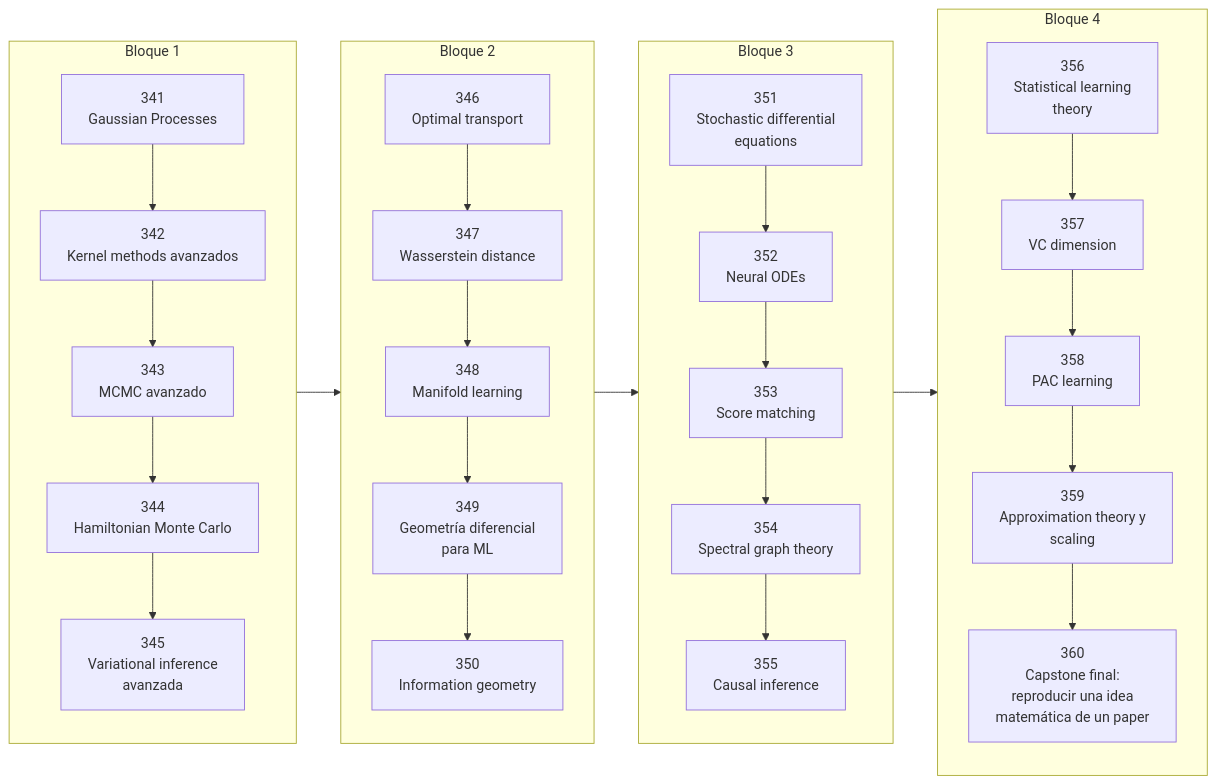
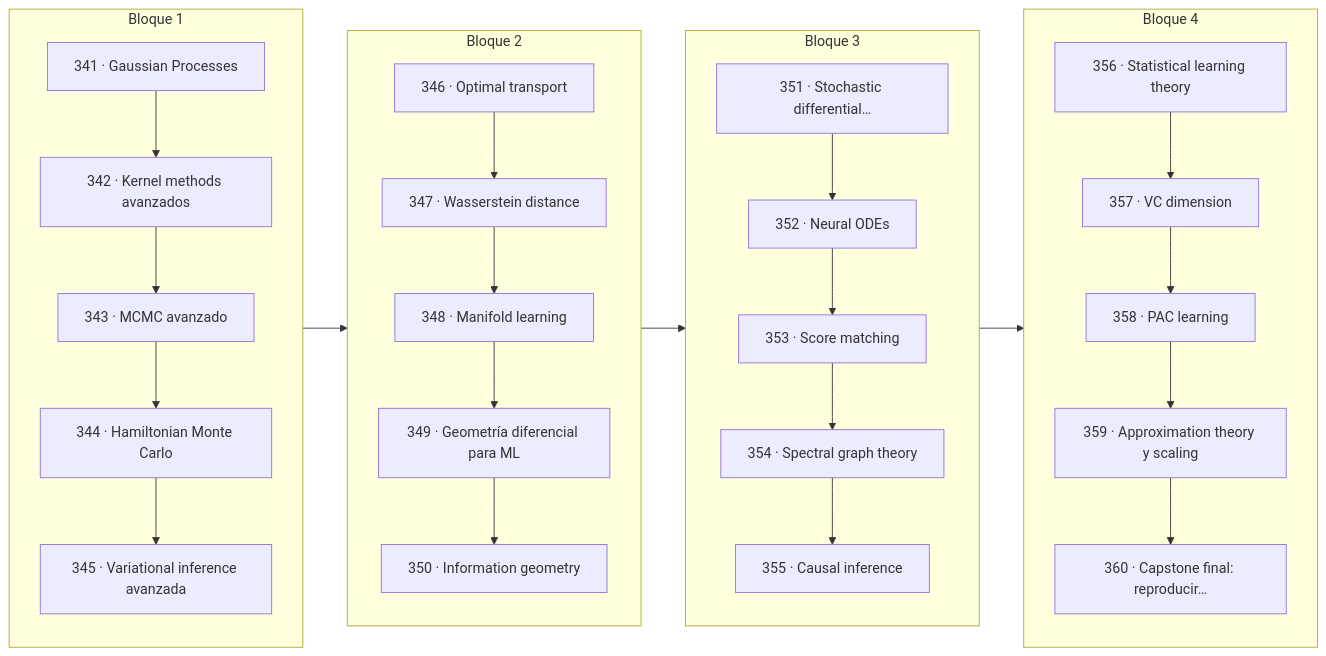
The diagram in classes/part-17-frontera-matematica-para-ia-e-investigacion/README.md (vladimiracunadev-create/computational-mathematics-program), drawn with Mermaid before and after one commit. The commit also changed 389 other files, not shown here.

First line of the commit message:
fix(diagramas): elimina el HTML de las etiquetas Mermaid

````diff
--- a/classes/part-17-frontera-matematica-para-ia-e-investigacion/README.md
+++ b/classes/part-17-frontera-matematica-para-ia-e-investigacion/README.md
@@ -34,54 +34,54 @@
 ```mermaid
 flowchart LR
     subgraph B1["Bloque 1"]
         direction TB
-        L341["341<br/>Gaussian Processes"]
-        L342["342<br/>Kernel methods avanzados"]
-        L343["343<br/>MCMC avanzado"]
-        L344["344<br/>Hamiltonian Monte Carlo"]
-        L345["345<br/>Variational inference<br/>avanzada"]
+        L341["341 · Gaussian Processes"]
+        L342["342 · Kernel methods avanzados"]
+        L343["343 · MCMC avanzado"]
+        L344["344 · Hamiltonian Monte Carlo"]
+        L345["345 · Variational inference avanzada"]
         L341 --> L342
         L342 --> L343
         L343 --> L344
         L344 --> L345
     end
     subgraph B2["Bloque 2"]
         direction TB
-        L346["346<br/>Optimal transport"]
-        L347["347<br/>Wasserstein distance"]
-        L348["348<br/>Manifold learning"]
-        L349["349<br/>Geometría diferencial<br/>para ML"]
-        L350["350<br/>Information geometry"]
+        L346["346 · Optimal transport"]
+        L347["347 · Wasserstein distance"]
+        L348["348 · Manifold learning"]
+        L349["349 · Geometría diferencial para ML"]
+        L350["350 · Information geometry"]
         L346 --> L347
         L347 --> L348
         L348 --> L349
         L349 --> L350
     end
     subgraph B3["Bloque 3"]
         direction TB
-        L351["351<br/>Stochastic differential<br/>equations"]
-        L352["352<br/>Neural ODEs"]
-        L353["353<br/>Score matching"]
-        L354["354<br/>Spectral graph theory"]
-        L355["355<br/>Causal inference"]
+        L351["351 · Stochastic differential…"]
+        L352["352 · Neural ODEs"]
+        L353["353 · Score matching"]
+        L354["354 · Spectral graph theory"]
+        L355["355 · Causal inference"]
         L351 --> L352
         L352 --> L353
         L353 --> L354
         L354 --> L355
     end
     subgraph B4["Bloque 4"]
         direction TB
-        L356["356<br/>Statistical learning<br/>theory"]
-        L357["357<br/>VC dimension"]
-        L358["358<br/>PAC learning"]
-        L359["359<br/>Approximation theory y<br/>scaling"]
-        L360["360<br/>Capstone final:<br/>reproducir una idea<br/>matemática de un paper"]
+        L356["356 · Statistical learning theory"]
+        L357["357 · VC dimension"]
+        L358["358 · PAC learning"]
+        L359["359 · Approximation theory y scaling"]
+        L360["360 · Capstone final: reproducir…"]
         L356 --> L357
         L357 --> L358
         L358 --> L359
         L359 --> L360
     end
     L345 --> L346
     L350 --> L351
     L355 --> L356
 ```
````
